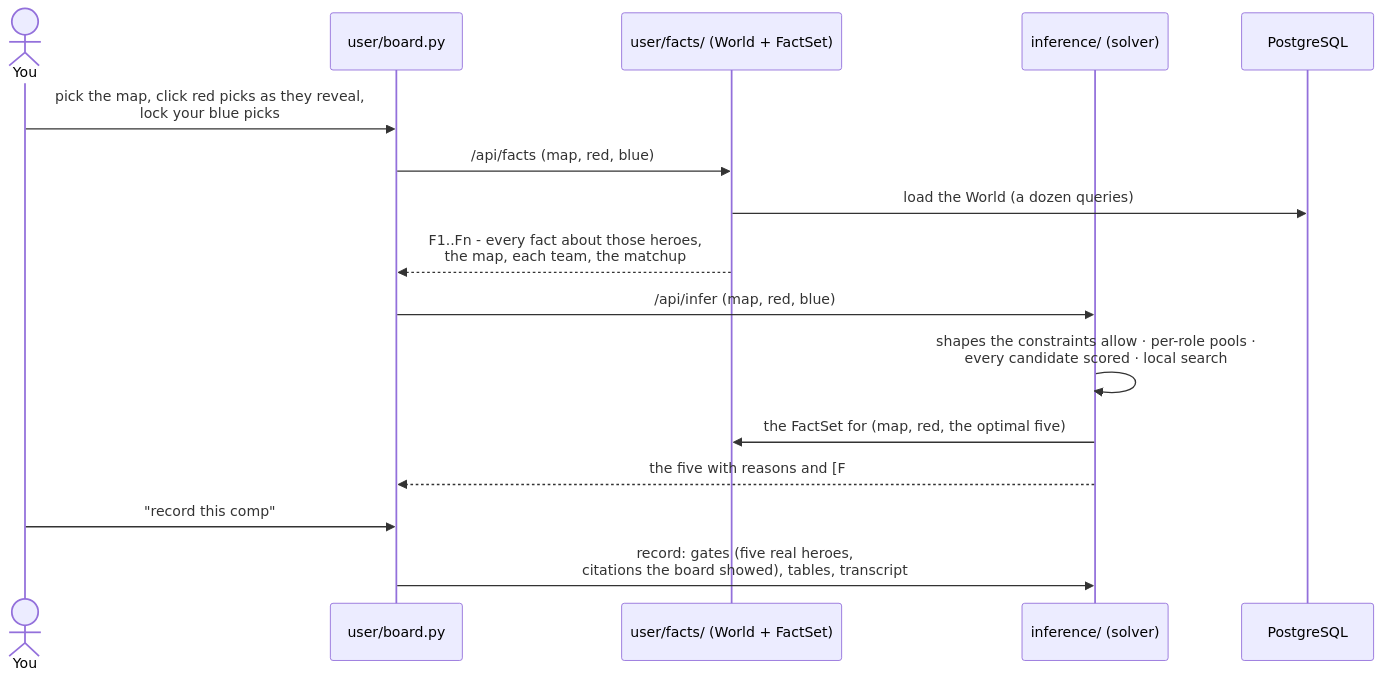
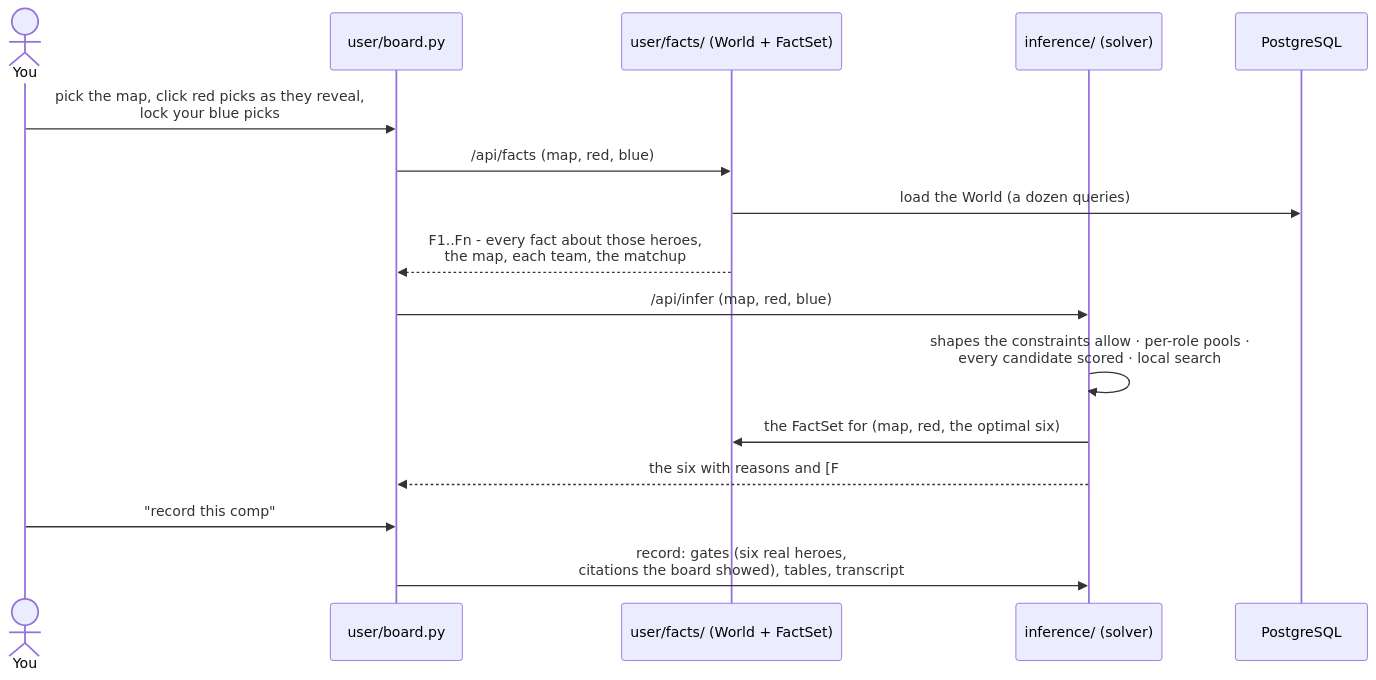
The second of 5 diagrams in docs/architecture.md (mmikol/counter-utility-matrix), drawn with Mermaid before and after one commit. The commit also changed other lines of this file and 32 other files, not shown here.

First line of the commit message:
6v6 Open Queue: six picks, at most two tanks; whole-database facts; daily refresh

````diff
--- a/docs/architecture.md
+++ b/docs/architecture.md
@@ -75,19 +75,19 @@
 ```mermaid
 sequenceDiagram
     actor You
     participant Board as user/board.py
     participant Facts as user/facts/ (World + FactSet)
     participant Solver as inference/ (solver)
     participant DB as PostgreSQL
 
     You->>Board: pick the map, click red picks as they reveal,<br/>lock your blue picks
     Board->>Facts: /api/facts (map, red, blue)
     Facts->>DB: load the World (a dozen queries)
     Facts-->>Board: F1..Fn - every fact about those heroes,<br/>the map, each team, the matchup
     Board->>Solver: /api/infer (map, red, blue)
     Solver->>Solver: shapes the constraints allow · per-role pools ·<br/>every candidate scored · local search
-    Solver->>Facts: the FactSet for (map, red, the optimal five)
-    Solver-->>Board: the five with reasons and [F#] citations,<br/>score per heuristic, alternatives
+    Solver->>Facts: the FactSet for (map, red, the optimal six)
+    Solver-->>Board: the six with reasons and [F#] citations,<br/>score per heuristic, alternatives
     You->>Board: "record this comp"
-    Board->>Solver: record: gates (five real heroes,<br/>citations the board showed), tables, transcript
+    Board->>Solver: record: gates (six real heroes,<br/>citations the board showed), tables, transcript
 ```
````
